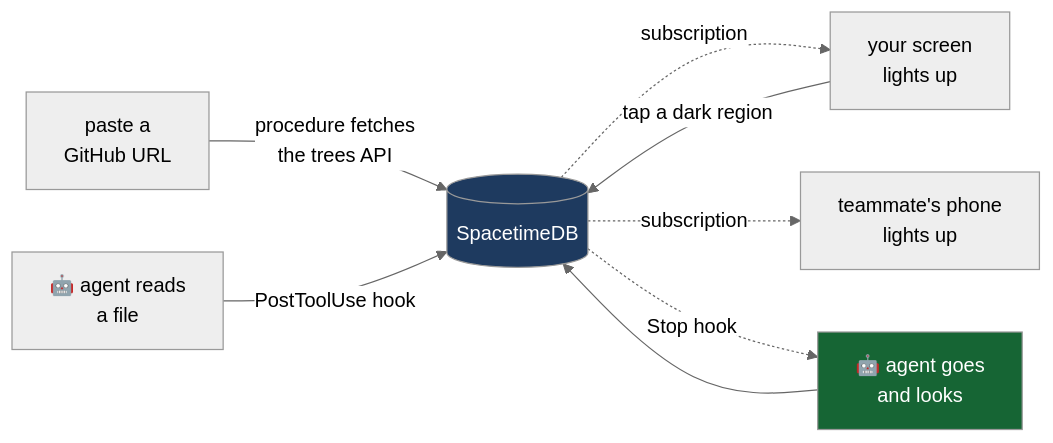
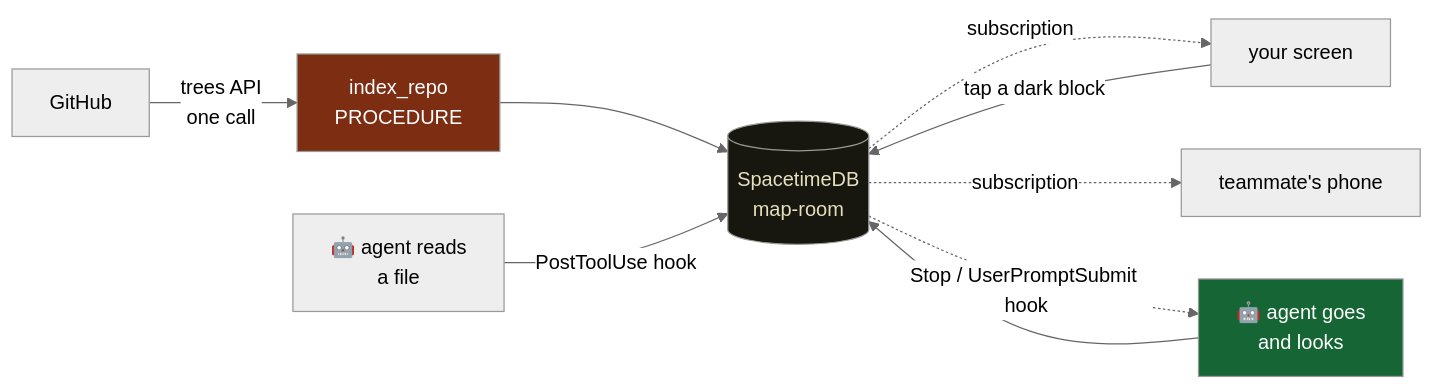
Before and after one commit to Piyush-sahoo/spacetime-hacks: the first of 2 diagrams in README.md, drawn with Mermaid (neutral theme). The commit also changed other lines of this file, not shown here.

````diff
--- a/README.md
+++ b/README.md
@@ -77,13 +46,18 @@
 ```mermaid
 flowchart LR
-    G["paste a<br/>GitHub URL"] -->|"procedure fetches<br/>the trees API"| DB[("SpacetimeDB")]
-    A["🤖 agent reads<br/>a file"] -->|"PostToolUse hook"| DB
-    DB -.->|"subscription"| S1["your screen<br/>lights up"]
-    DB -.->|"subscription"| S2["teammate's phone<br/>lights up"]
-    S1 -->|"tap a dark region"| DB
-    DB -.->|"Stop hook"| A2["🤖 agent goes<br/>and looks"]
-    A2 --> DB
+    GH["GitHub"] -->|"trees API<br/>one call"| PROC["index_repo<br/>PROCEDURE"]
+    PROC --> DB[("SpacetimeDB<br/>map-room")]
 
-    style DB fill:#1e3a5f,color:#fff
-    style A2 fill:#166534,color:#fff
+    AG["🤖 agent reads<br/>a file"] -->|"PostToolUse hook"| DB
+
+    DB -.->|"subscription"| S1["your screen"]
+    DB -.->|"subscription"| S2["teammate's phone"]
+
+    S1 -->|"tap a dark block"| DB
+    DB -.->|"Stop / UserPromptSubmit hook"| AG2["🤖 agent goes<br/>and looks"]
+    AG2 --> DB
+
+    style DB fill:#17170F,color:#E6DFBE
+    style PROC fill:#7c2d12,color:#fff
+    style AG2 fill:#166534,color:#fff
 ```
````
